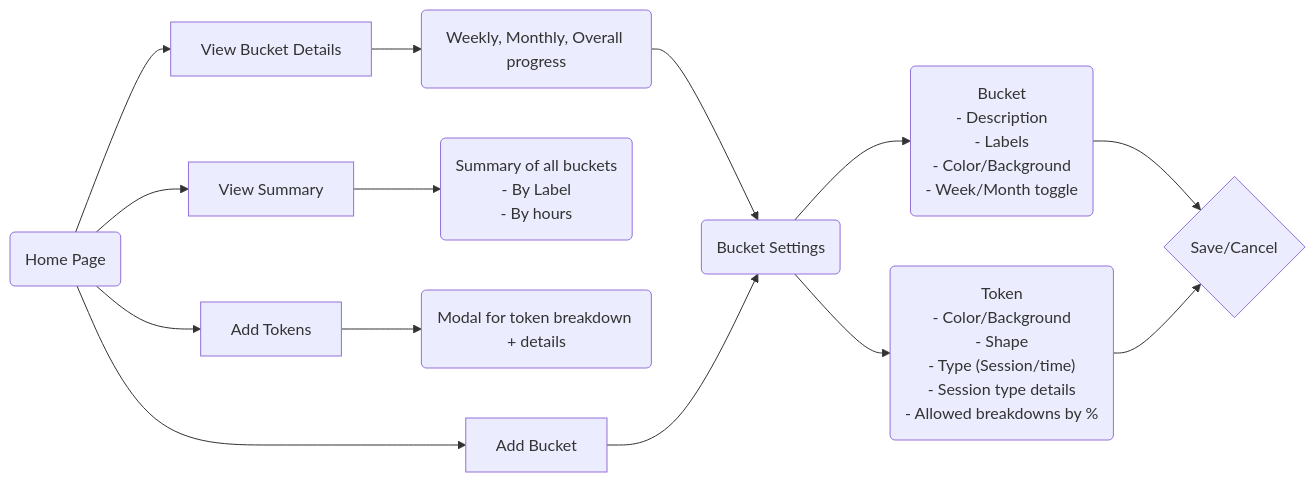
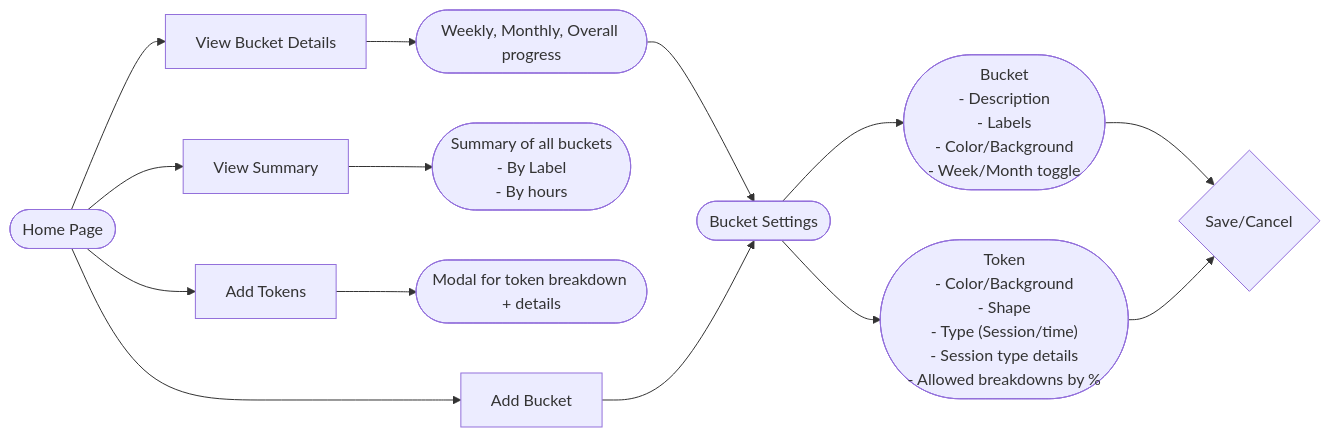
One commit to Brandontzhang/daily-tokens changed the second of 2 diagrams in README.md. Above: the diagram before and after it, drawn with Mermaid. The commit also changed other lines of this file, not shown here.

Commit message:
Fixing circle shapes for design diagrams

````diff
--- a/README.md
+++ b/README.md
@@ -46,36 +46,36 @@
   ```mermaid
   flowchart LR
-      A(Home Page)
+      A([Home Page])
       B[View Summary]
       C[Add Tokens]
       D[View Bucket Details]
       E[Add Bucket]
-      F("Summary of all buckets
+      F(["Summary of all buckets
           - By Label
-          - By hours")
-      G(Modal for token breakdown + details)
-      H(Weekly, Monthly, Overall progress)
-      I(Bucket Settings)
+          - By hours"])
+      G([Modal for token breakdown + details])
+      H([Weekly, Monthly, Overall progress])
+      I([Bucket Settings])
       J{Save/Cancel}
-      K("Bucket
+      K(["Bucket
           - Description
           - Labels
           - Color/Background
-          - Week/Month toggle")
-      L("Token
+          - Week/Month toggle"])
+      L(["Token
           - Color/Background
           - Shape
           - Type (Session/time)
           - Session type details
-          - Allowed breakdowns by %")
+          - Allowed breakdowns by %"])
       A --> B
       A --> C
       A --> D
       A --> E
       B --> F
       C --> G
       D --> H
       H --> I
       E --> I
       I --> K & L --> J
   ```
````
